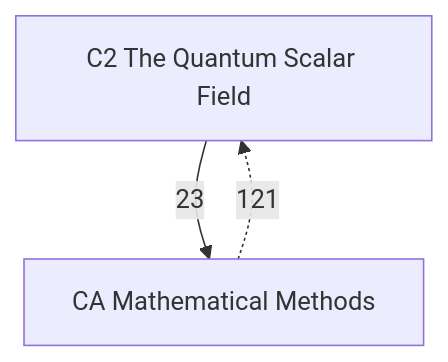
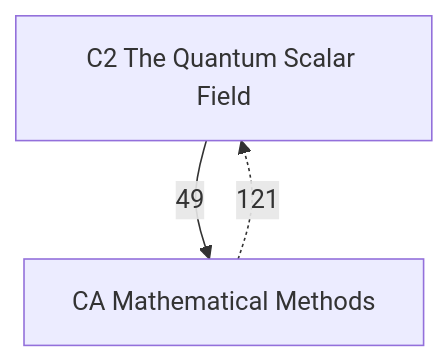
Before and after one commit to Onion20040508/notes: the diagram in Physics/Quantum Field Theory/Quantum Field Theory.md, drawn with Mermaid. The commit also changed 88 other files, not shown here.

````diff
--- a/Physics/Quantum Field Theory/Quantum Field Theory.md
+++ b/Physics/Quantum Field Theory/Quantum Field Theory.md
@@ -21,7 +21,7 @@
 ```mermaid
 graph TD
   C2["C2 The Quantum Scalar Field"]
   CA["CA Mathematical Methods"]
-  C2 -->|23| CA
+  C2 -->|49| CA
   CA -.->|121| C2
 ```
````
